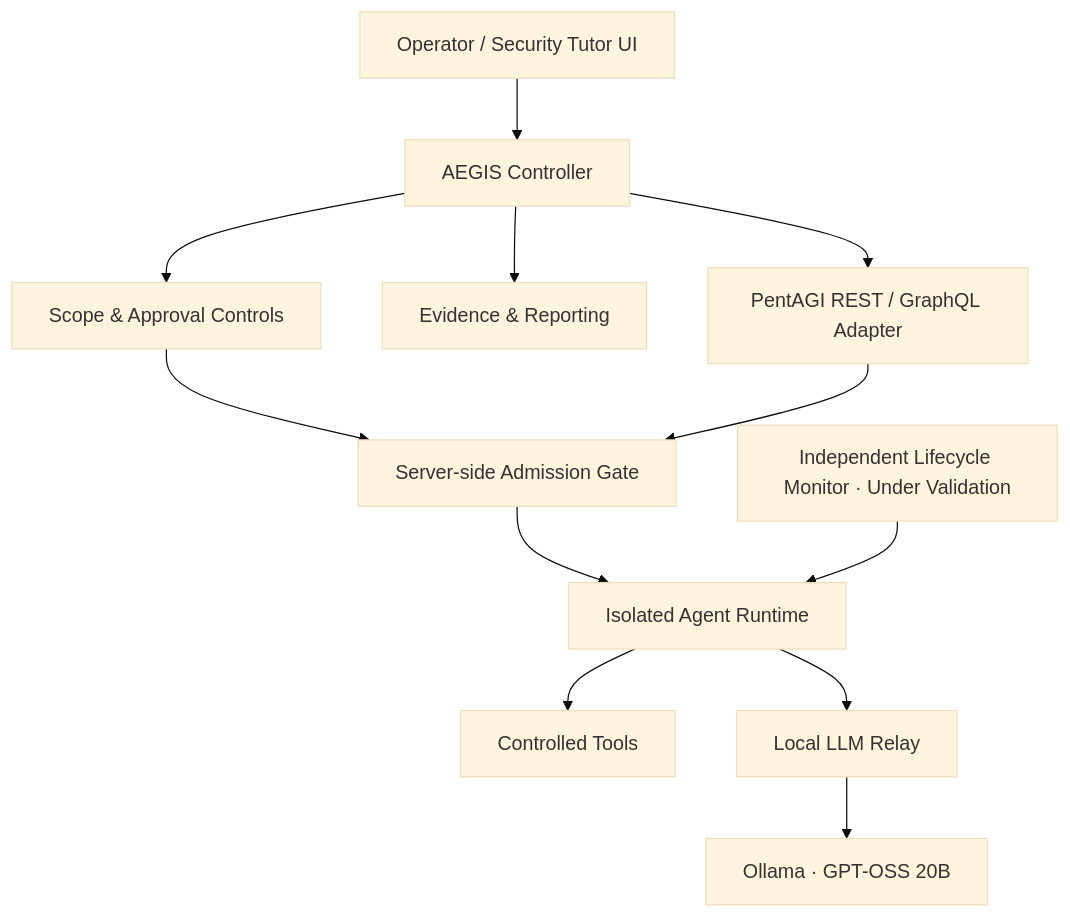
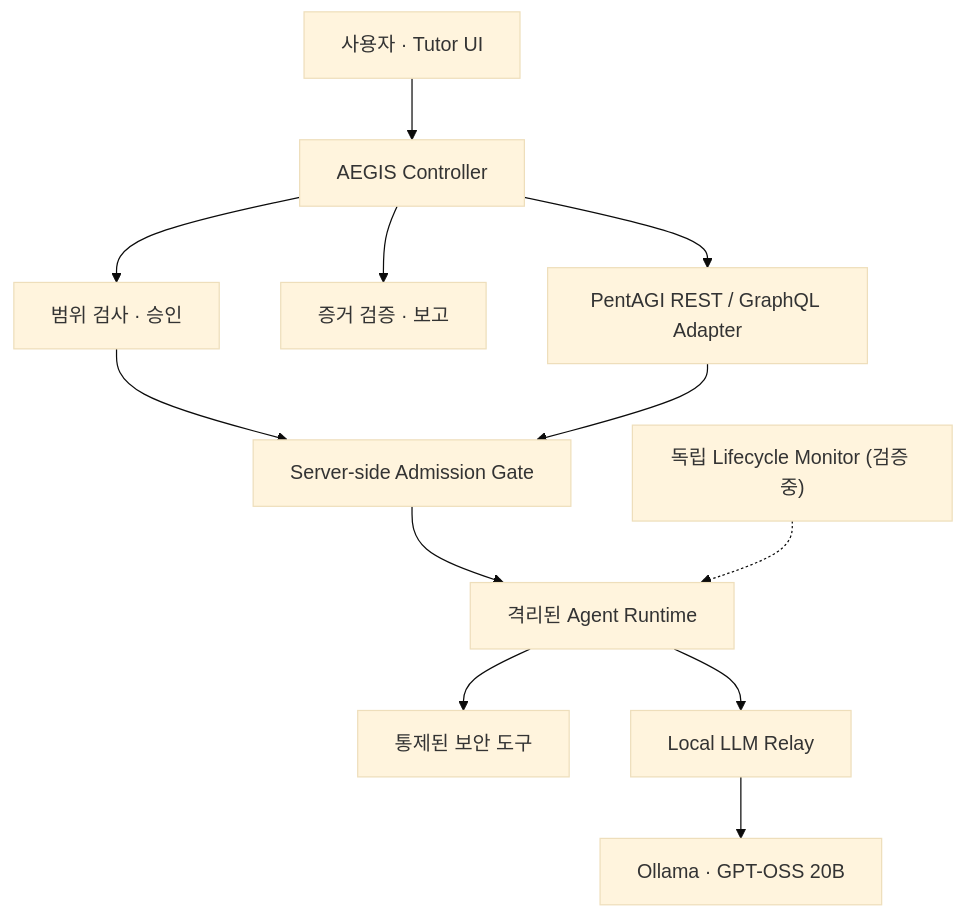
The diagram in README.md (rasasoe/AEGIS-Showcase), drawn with Mermaid (base theme) before and after one commit. The commit also changed other lines of this file, not shown here.

Commit message:
docs: redesign Korean AEGIS showcase README

````diff
--- a/README.md
+++ b/README.md
@@ -32,14 +33,14 @@
 ```mermaid
 flowchart TB
-    UI["Operator / Security Tutor UI"] --> CTRL["AEGIS Controller"]
-    CTRL --> POLICY["Scope & Approval Controls"]
-    CTRL --> EVIDENCE["Evidence & Reporting"]
-    CTRL --> ADAPTER["PentAGI REST / GraphQL Adapter"]
-    POLICY --> GATE["Server-side Admission Gate"]
-    GATE --> RUNTIME["Isolated Agent Runtime"]
-    ADAPTER --> GATE
-    RUNTIME --> TOOLS["Controlled Tools"]
-    RUNTIME --> RELAY["Local LLM Relay"]
-    RELAY --> OLLAMA["Ollama · GPT-OSS 20B"]
-    WATCH["Independent Lifecycle Monitor · Under Validation"] --> RUNTIME
+  USER["사용자 · Tutor UI"] --> CTRL["AEGIS Controller"]
+  CTRL --> AUTH["범위 검사 · 승인"]
+  CTRL --> EVID["증거 검증 · 보고"]
+  CTRL --> ADAPTER["PentAGI REST / GraphQL Adapter"]
+  AUTH --> GATE["Server-side Admission Gate"]
+  ADAPTER --> GATE
+  GATE --> RUNTIME["격리된 Agent Runtime"]
+  RUNTIME --> TOOLS["통제된 보안 도구"]
+  RUNTIME --> RELAY["Local LLM Relay"]
+  RELAY --> OLLAMA["Ollama · GPT-OSS 20B"]
+  MON["독립 Lifecycle Monitor (검증 중)"] -.-> RUNTIME
 ```
````
